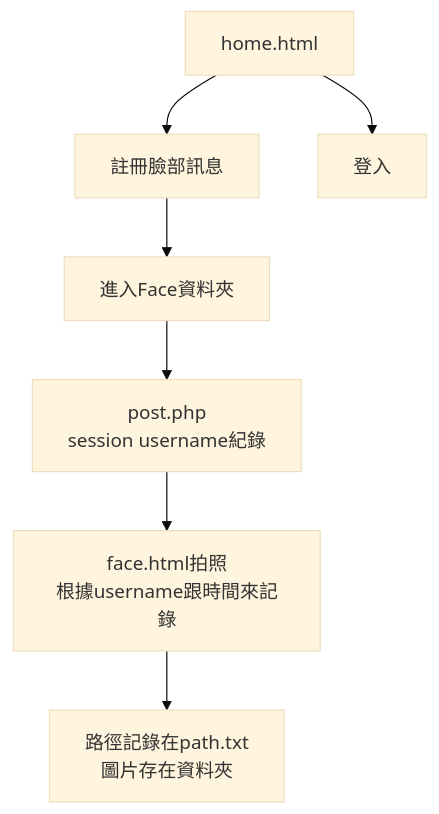
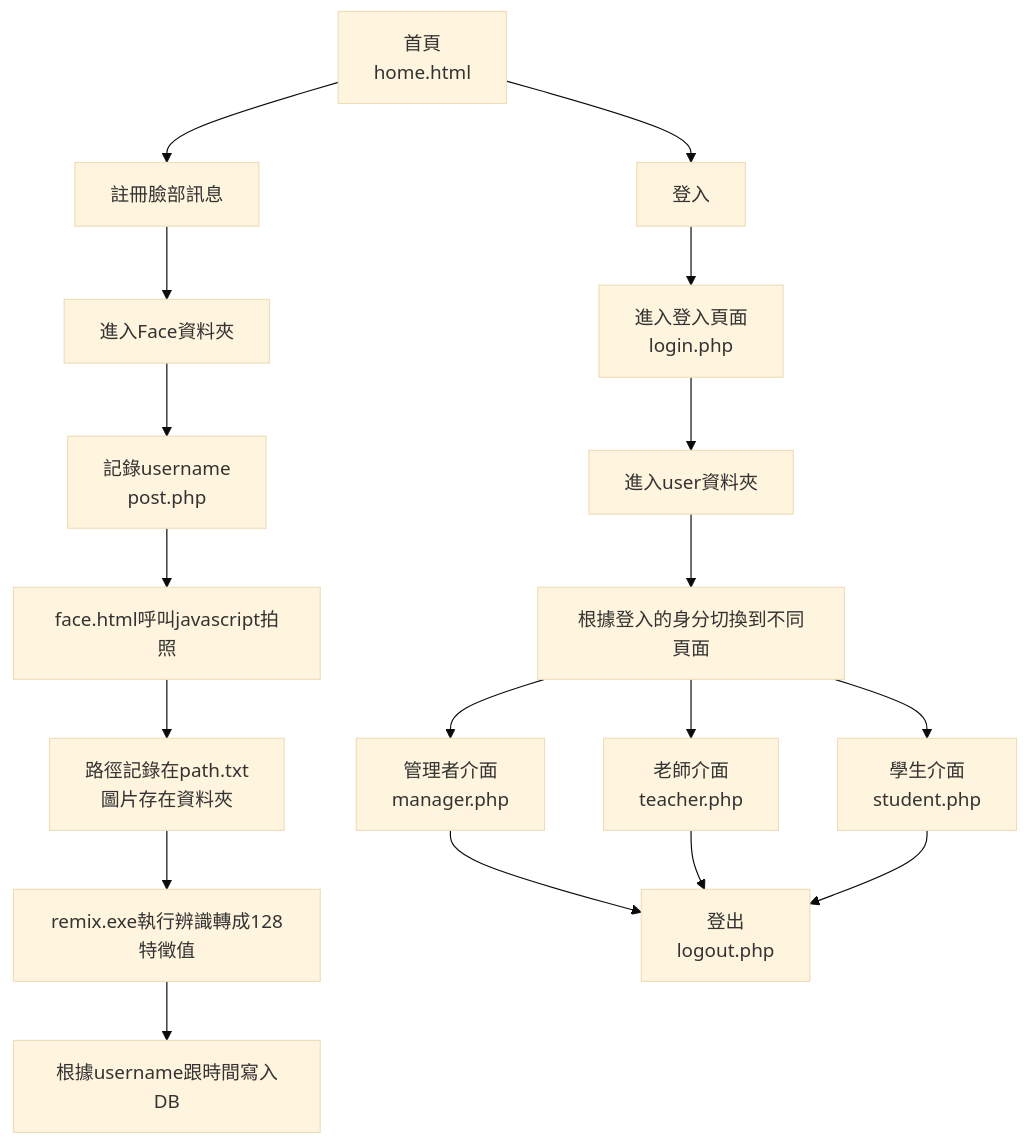
The diagram in README.md (HE-SHU-WEI/topic-UI), drawn with Mermaid (base theme) before and after one commit. The commit also changed other lines of this file, not shown here.

````diff
--- a/README.md
+++ b/README.md
@@ -3,5 +5,15 @@
 ```mermaid
 graph 
-A[home.html]-->B[註冊臉部訊息] --> C[進入Face資料夾]-->D[post.php <br> session username紀錄]--> E[face.html拍照<br>根據username跟時間來記錄]-->F[路徑記錄在path.txt<br>圖片存在資料夾]
-A --> 登入
+
+A[首頁<br>home.html]-->註冊臉部訊息-->進入Face資料夾-->B[記錄username<br>post.php]--> face.html呼叫javascript拍照-->C[路徑記錄在path.txt<br>圖片存在資料夾]-->remix.exe執行辨識轉成128特徵值-->根據username跟時間寫入DB
+
+
+A --> 登入 --> D[進入登入頁面<br>login.php]-->進入user資料夾 --> E[根據登入的身分切換到不同頁面]
+
+E-->F[管理者介面<br>manager.php]-->I
+E-->G[老師介面<br>teacher.php]-->I
+E-->H[學生介面<br>student.php]-->I
+
+I[登出<br>logout.php]
+
 ```
````
